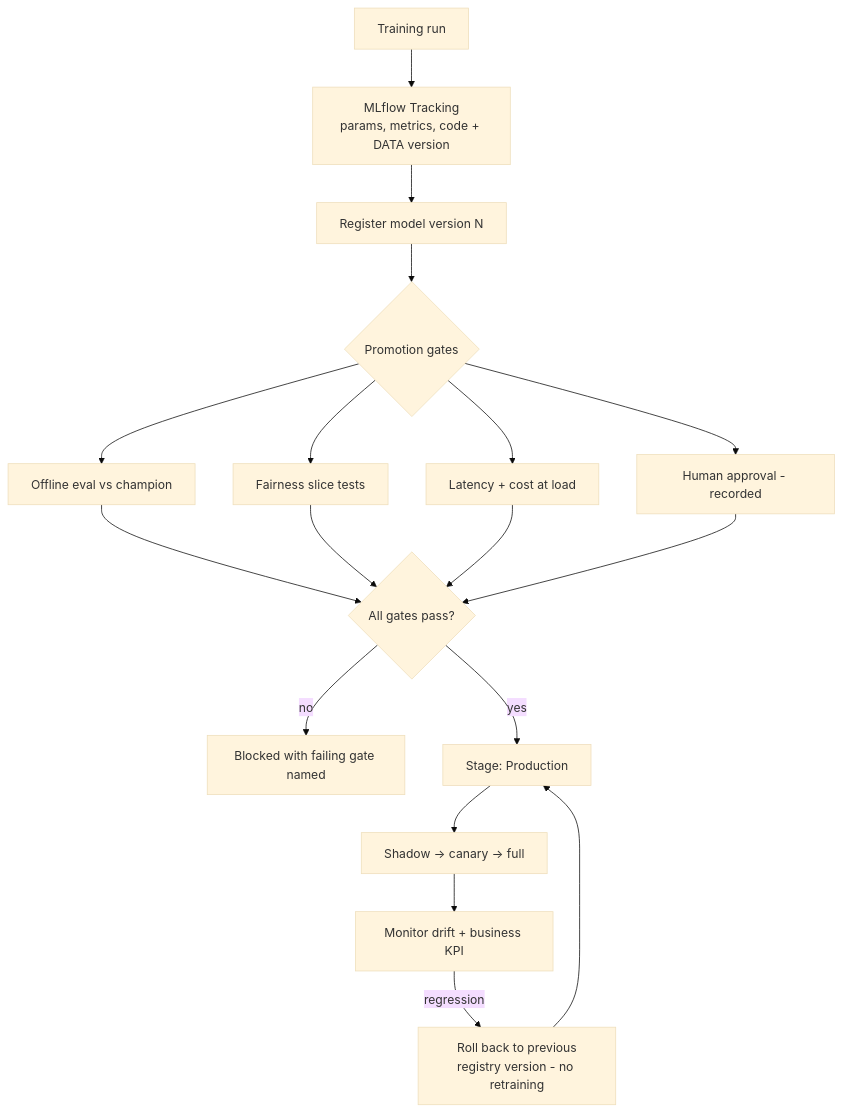
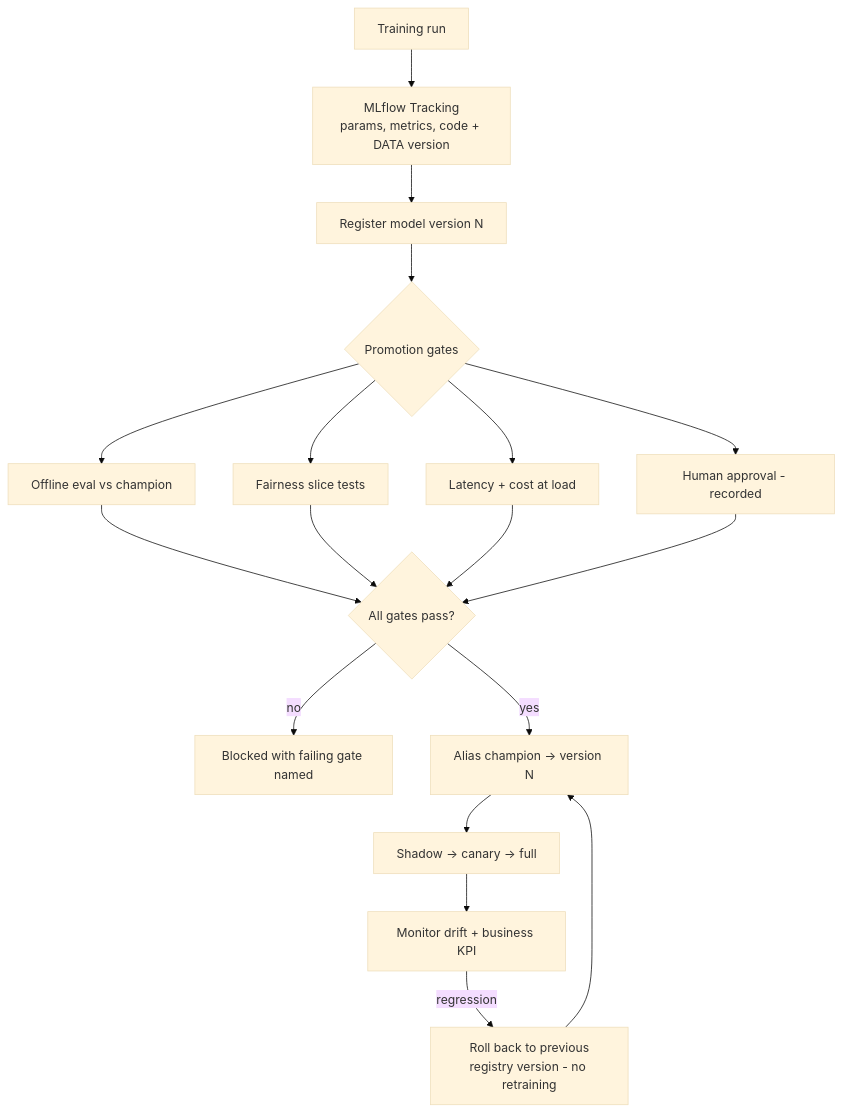
The diagram in docs/ai-tree-platform-engineering/ai-branch-model-feature-lifecycle/ai-mlops-mlflow-registry.md (mohamedmahersaid/Enterprise-AI-and-Intelligent-Systems), drawn with Mermaid (base theme) before and after one commit. The commit also changed other lines of this file and 4 other files, not shown here.

````diff
--- a/docs/ai-tree-platform-engineering/ai-branch-model-feature-lifecycle/ai-mlops-mlflow-registry.md
+++ b/docs/ai-tree-platform-engineering/ai-branch-model-feature-lifecycle/ai-mlops-mlflow-registry.md
@@ -57,20 +74,20 @@
 ```mermaid
 flowchart TD
     A[Training run] --> B[MLflow Tracking<br/>params, metrics, code + DATA version]
     B --> C[Register model version N]
     C --> D{Promotion gates}
     D --> E[Offline eval vs champion]
     D --> F[Fairness slice tests]
     D --> G[Latency + cost at load]
     D --> H[Human approval - recorded]
     E --> I{All gates pass?}
     F --> I
     G --> I
     H --> I
     I -->|no| J[Blocked with failing gate named]
-    I -->|yes| K[Stage: Production]
+    I -->|yes| K[Alias champion -> version N]
     K --> L[Shadow -> canary -> full]
     L --> M[Monitor drift + business KPI]
     M -->|regression| N[Roll back to previous<br/>registry version - no retraining]
     N --> K
 ```
````
